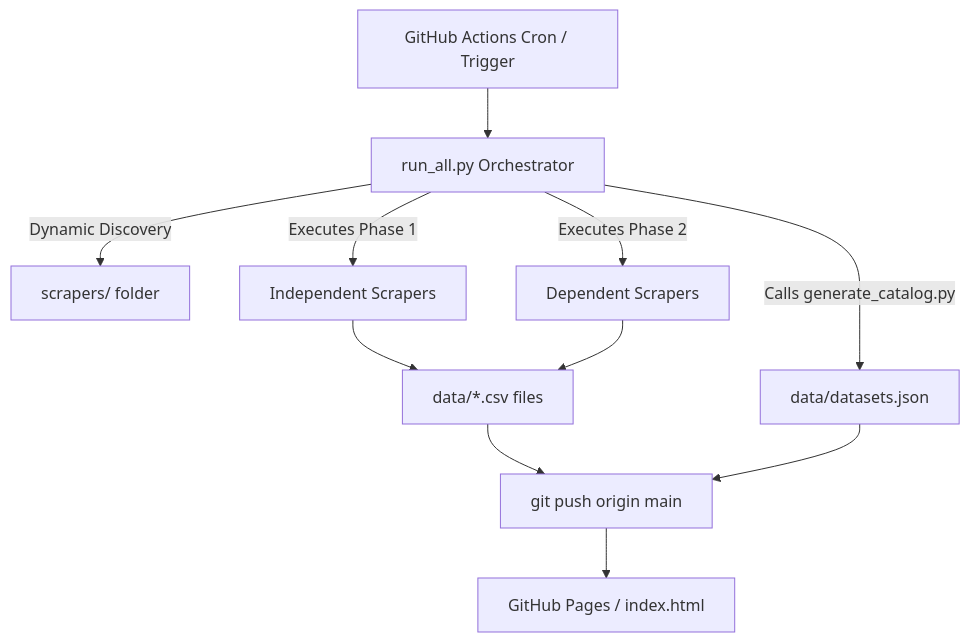
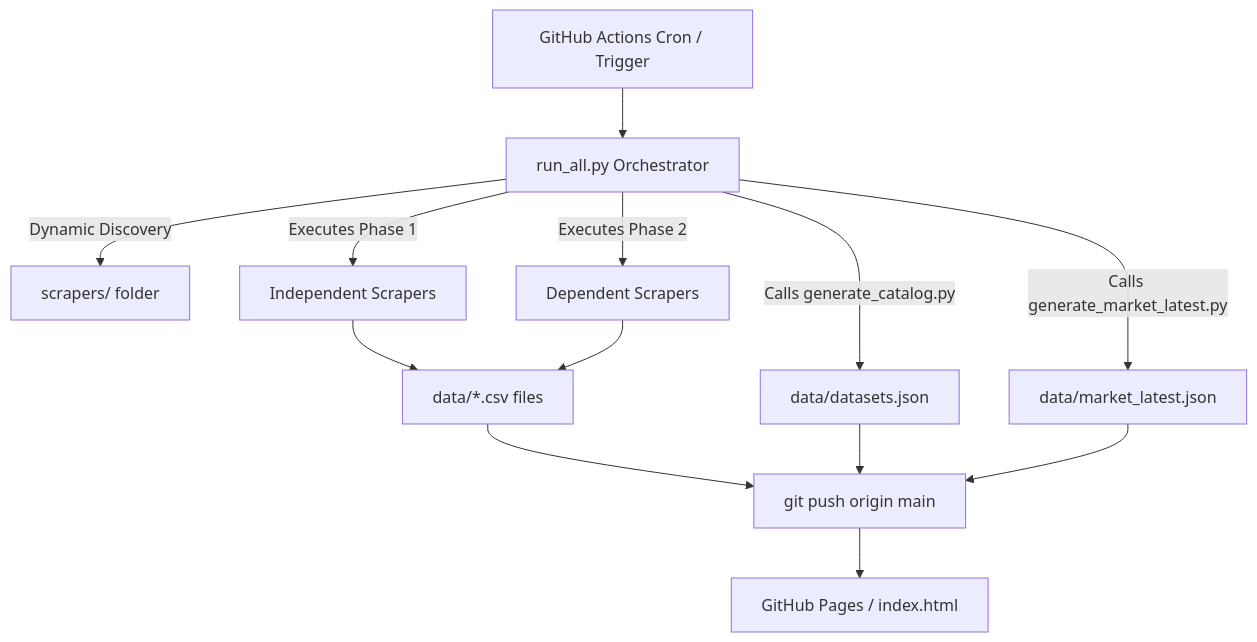
One commit to PulseDataLabs/PulseFlat changed the diagram in README.md. Above: the diagram before and after it, drawn with Mermaid. The commit also changed other lines of this file and 14 other files, not shown here.

First line of the commit message:
feat: adiciona generate_market_latest.py + ticker strip com indicadores em tempo real

````diff
--- a/README.md
+++ b/README.md
@@ -57,12 +57,13 @@
 ```mermaid
 graph TD
     A[GitHub Actions Cron / Trigger] --> B[run_all.py Orchestrator]
     B -->|Dynamic Discovery| C[scrapers/ folder]
     B -->|Executes Phase 1| D[Independent Scrapers]
     B -->|Executes Phase 2| E[Dependent Scrapers]
     D --> F[data/*.csv files]
     E --> F
     B -->|Calls generate_catalog.py| G[data/datasets.json]
-    F & G --> H[git push origin main]
-    H --> I[GitHub Pages / index.html]
+    B -->|Calls generate_market_latest.py| H[data/market_latest.json]
+    F & G & H --> I[git push origin main]
+    I --> J[GitHub Pages / index.html]
 ```
````
